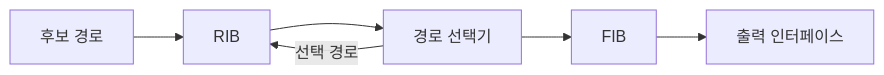
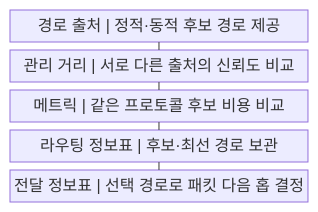
Before and after one commit to agnusdei1207/knowledge-base: the first of 2 diagrams in src/content/docs/notes/04-network/010_routing_static_dynamic.md, drawn with Mermaid. The commit also changed other lines of this file and 20 other files, not shown here.

````diff
--- a/src/content/docs/notes/04-network/010_routing_static_dynamic.md
+++ b/src/content/docs/notes/04-network/010_routing_static_dynamic.md
@@ -58,8 +59,13 @@
 ```mermaid
-flowchart LR
-    C["후보 경로"] --> R["RIB"]
-    R --> S["경로 선택기"]
-    S -->|선택 경로| R
-    S --> F["FIB"]
-    F --> O["출력 인터페이스"]
+block
+    columns 1
+    A["경로 출처 | 정적·동적 후보 경로 제공"]
+    B["관리 거리 | 서로 다른 출처의 신뢰도 비교"]
+    C["메트릭 | 같은 프로토콜 후보 비용 비교"]
+    D["라우팅 정보표 | 후보·최선 경로 보관"]
+    E["전달 정보표 | 선택 경로로 패킷 다음 홉 결정"]
+    A --- B
+    B --- C
+    C --- D
+    D --- E
 ```
````
